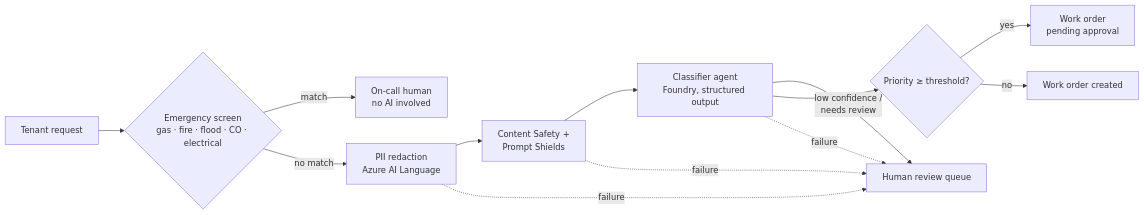
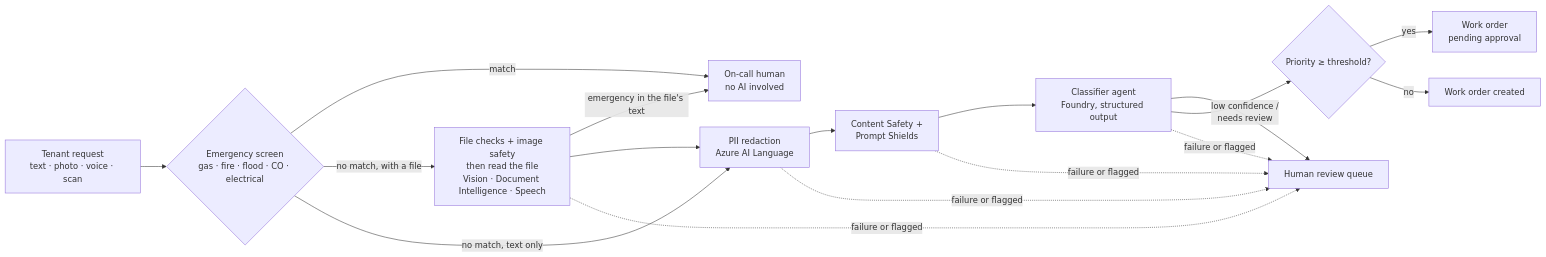
Before and after one commit to wasif1024/facilityops: the diagram in README.md, drawn with Mermaid. The commit also changed other lines of this file and 28 other files, not shown here.

````diff
--- a/README.md
+++ b/README.md
@@ -66,13 +75,16 @@
 ```mermaid
 flowchart LR
-    R[Tenant request] --> E{Emergency screen<br/>gas · fire · flood · CO · electrical}
+    R[Tenant request<br/>text · photo · voice · scan] --> E{Emergency screen<br/>gas · fire · flood · CO · electrical}
     E -- match --> H[On-call human<br/>no AI involved]
-    E -- no match --> P[PII redaction<br/>Azure AI Language]
+    E -- "no match, with a file" --> F[File checks + image safety<br/>then read the file<br/>Vision · Document Intelligence · Speech]
+    F -- "emergency in the file's text" --> H
+    F --> P
+    E -- "no match, text only" --> P[PII redaction<br/>Azure AI Language]
     P --> S[Content Safety +<br/>Prompt Shields]
     S --> C[Classifier agent<br/>Foundry, structured output]
     C -- low confidence /<br/>needs review --> Q[Human review queue]
     C --> T{Priority ≥ threshold?}
     T -- yes --> A[Work order<br/>pending approval]
     T -- no --> W[Work order created]
-    P & S & C -. failure .-> Q
+    F & P & S & C -. "failure or flagged" .-> Q
 ```
````
